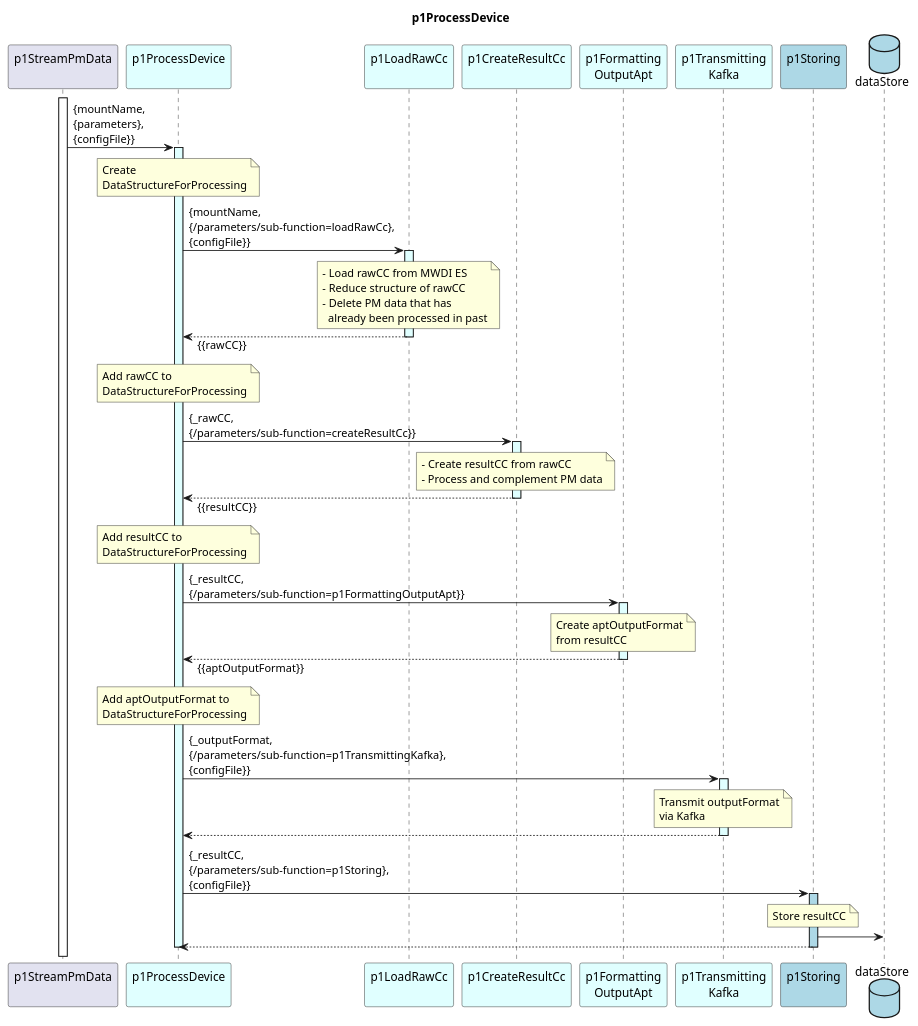
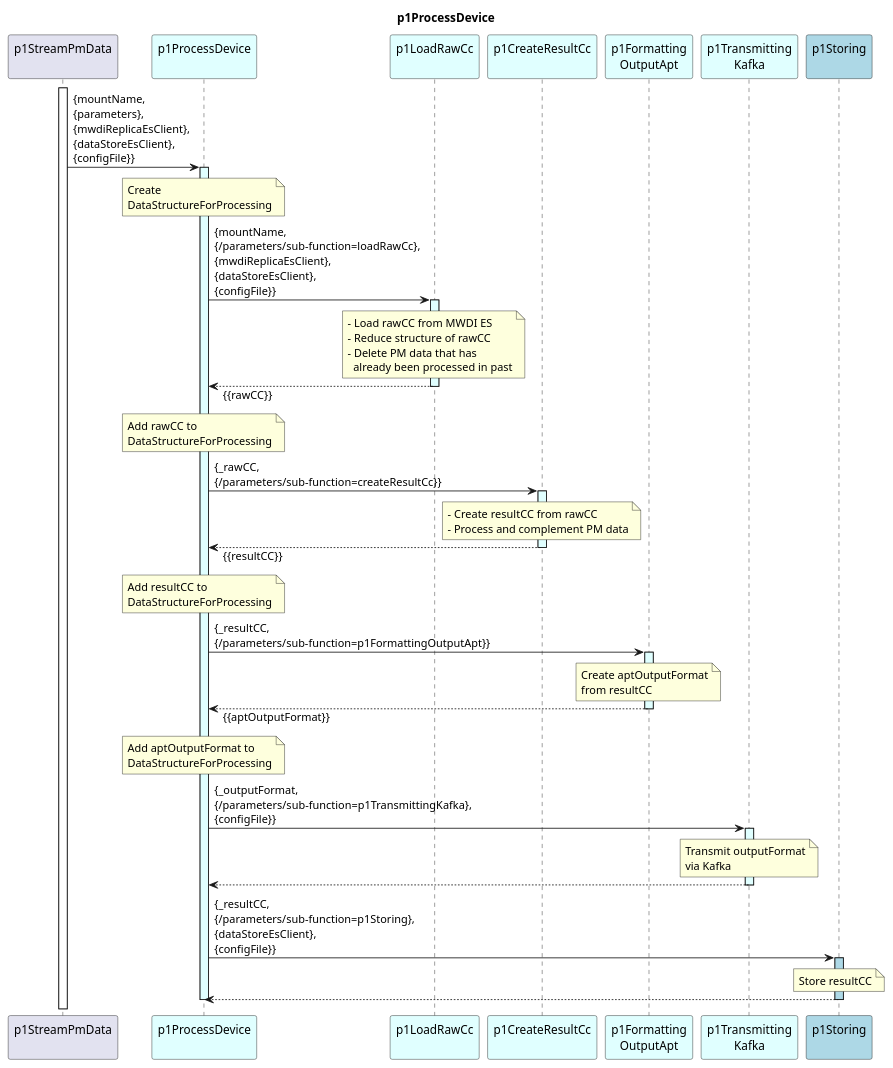
One commit to openBackhaul/DevicePerformanceManagementDataProcessor changed the diagram in spec/Functions/specificFunctions/p1ProcessDevice/1.0.0/p1ProcessDevice.plantuml. Above: the diagram before and after it, drawn with PlantUML. The commit also changed 8 other files, not shown here.

```diff
--- a/spec/Functions/specificFunctions/p1ProcessDevice/1.0.0/p1ProcessDevice.plantuml
+++ b/spec/Functions/specificFunctions/p1ProcessDevice/1.0.0/p1ProcessDevice.plantuml
@@ -1,103 +1,100 @@
 @startuml p1ProcessDevice
 skinparam responseMessageBelowArrow true
 
 title
   p1ProcessDevice
 end title
 
 participant "p1StreamPmData\n" as requestor
 participant "p1ProcessDevice\n" as p1ProOrch #LightCyan
 participant "p1LoadRawCc\n" as p1AddRaw #LightCyan
 participant "p1CreateResultCc\n" as p1CRC #LightCyan
 participant "p1Formatting\nOutputApt" as p1Output #LightCyan
 participant "p1Transmitting\nKafka" as p1Trans #LightCyan
 participant "p1Storing\n" as p1Store #LightBlue
-database "dataStore" as db #LightBlue
 
 
 activate requestor
 
-requestor -> p1ProOrch : {mountName,\n{parameters},\n{configFile}}
+requestor -> p1ProOrch : {mountName,\n{parameters},\n{mwdiReplicaEsClient},\n{dataStoreEsClient},\n{configFile}}
 activate p1ProOrch #LightCyan
 
   note over p1ProOrch
     Create
     DataStructureForProcessing
   end note
 
-  p1ProOrch -> p1AddRaw : {mountName,\n{/parameters/sub-function=loadRawCc},\n{configFile}}
+  p1ProOrch -> p1AddRaw : {mountName,\n{/parameters/sub-function=loadRawCc},\n{mwdiReplicaEsClient},\n{dataStoreEsClient},\n{configFile}}
   activate p1AddRaw #LightCyan
 
     note over p1AddRaw
       - Load rawCC from MWDI ES
       - Reduce structure of rawCC
       - Delete PM data that has
         already been processed in past
     end note
 
   p1ProOrch <-- p1AddRaw : {{rawCC}}
   deactivate p1AddRaw
 
   note over p1ProOrch
     Add rawCC to
     DataStructureForProcessing
   end note
 
   p1ProOrch -> p1CRC : {_rawCC,\n{/parameters/sub-function=createResultCc}}
   activate p1CRC #LightCyan
 
     note over p1CRC
       - Create resultCC from rawCC
       - Process and complement PM data
     end note
 
   p1ProOrch <-- p1CRC : {{resultCC}}
   deactivate p1CRC
 
   note over p1ProOrch
     Add resultCC to
     DataStructureForProcessing
   end note
 
   p1ProOrch -> p1Output : {_resultCC,\n{/parameters/sub-function=p1FormattingOutputApt}}
   activate p1Output #LightCyan
 
     note over p1Output
       Create aptOutputFormat
       from resultCC
     end note
 
   p1ProOrch <-- p1Output : {{aptOutputFormat}}
   deactivate p1Output
 
   note over p1ProOrch
     Add aptOutputFormat to
     DataStructureForProcessing
   end note
 
   p1ProOrch -> p1Trans : {_outputFormat,\n{/parameters/sub-function=p1TransmittingKafka},\n{configFile}}
   activate p1Trans #LightCyan
 
     note over p1Trans
       Transmit outputFormat
       via Kafka
     end note
 
   p1ProOrch <-- p1Trans
   deactivate p1Trans
 
-  p1ProOrch -> p1Store : {_resultCC,\n{/parameters/sub-function=p1Storing},\n{configFile}}
+  p1ProOrch -> p1Store : {_resultCC,\n{/parameters/sub-function=p1Storing},\n{dataStoreEsClient},\n{configFile}}
   activate p1Store #LightBlue
 
     note over p1Store
       Store resultCC
     end note
-
-    p1Store -> db
 
   p1ProOrch <-- p1Store
   deactivate p1Store
 
 deactivate p1ProOrch
 
 @enduml
```
